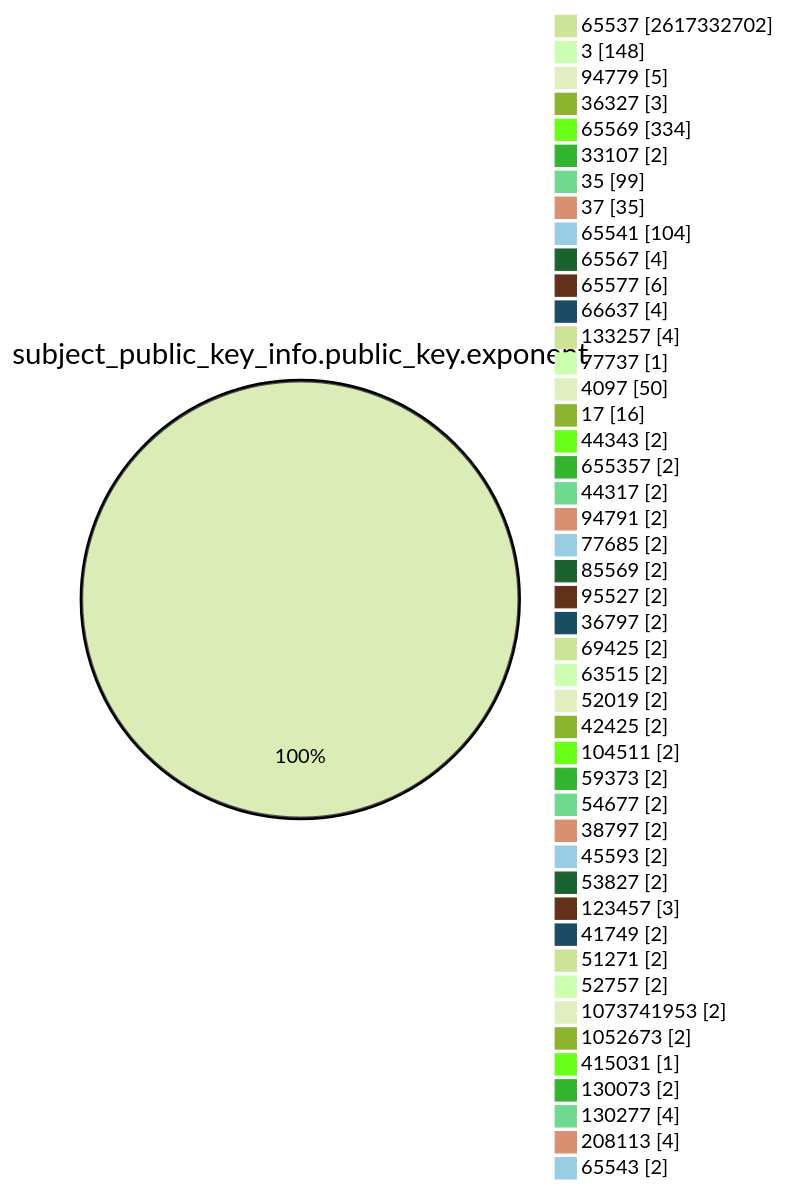
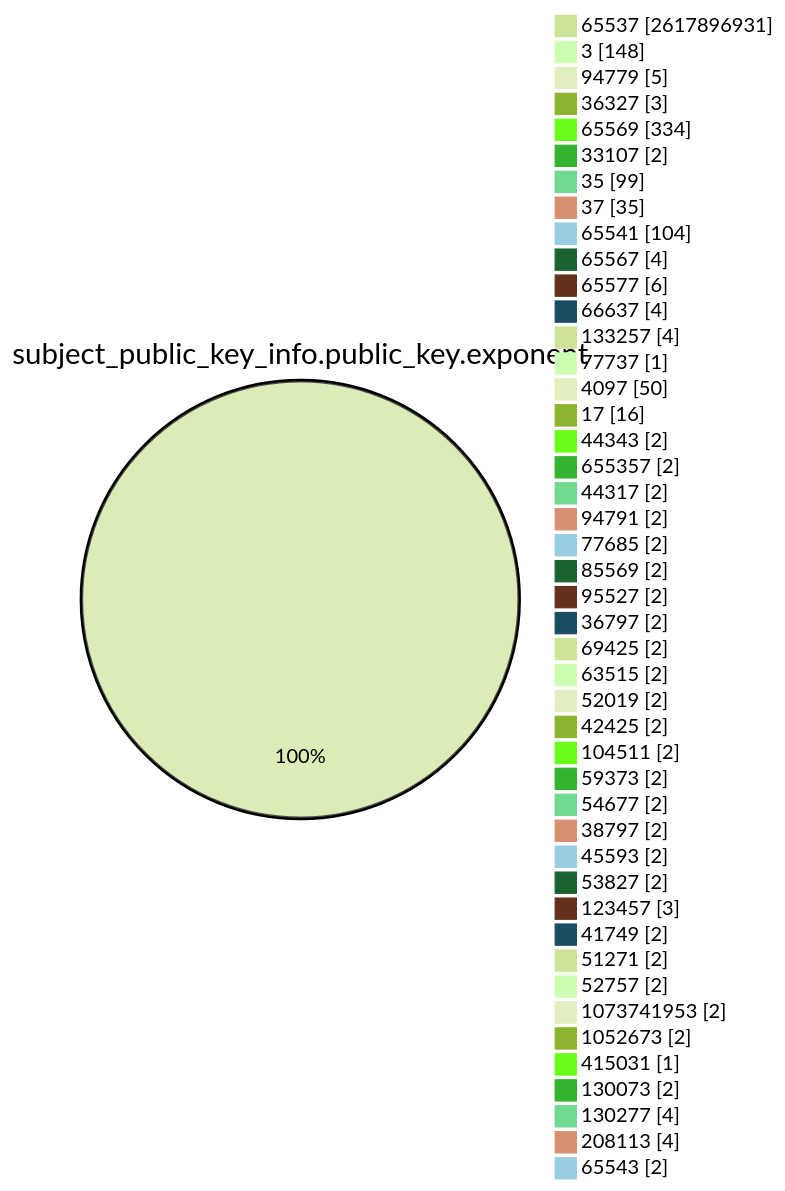
Before and after one commit to christiankrug/ctmonitor_visualization: the fourth of 15 diagrams in TOTAL/README.md, drawn with Mermaid (forest theme). The commit also changed other lines of this file, not shown here.

````diff
--- a/TOTAL/README.md
+++ b/TOTAL/README.md
@@ -1466,49 +1466,49 @@
 ```mermaid
 pie showData
 title subject_public_key_info.public_key.exponent
-"65537" :2617332702
+"65537" :2617896931
 "3" :148
 "94779" :5
 "36327" :3
 "65569" :334
 "33107" :2
 "35" :99
 "37" :35
 "65541" :104
 "65567" :4
 "65577" :6
 "66637" :4
 "133257" :4
 "77737" :1
 "4097" :50
 "17" :16
 "44343" :2
 "655357" :2
 "44317" :2
 "94791" :2
 "77685" :2
 "85569" :2
 "95527" :2
 "36797" :2
 "69425" :2
 "63515" :2
 "52019" :2
 "42425" :2
 "104511" :2
 "59373" :2
 "54677" :2
 "38797" :2
 "45593" :2
 "53827" :2
 "123457" :3
 "41749" :2
 "51271" :2
 "52757" :2
 "1073741953" :2
 "1052673" :2
 "415031" :1
 "130073" :2
 "130277" :4
 "208113" :4
 "65543" :2
 ```
````
